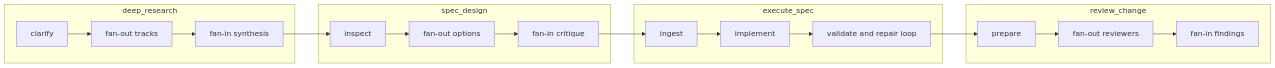
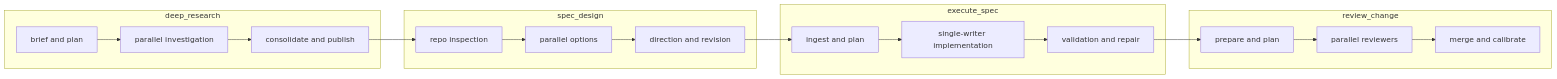
One commit to koji98/agentflow changed the diagram in docs/MANAGED_WORKFLOWS.md. Above: the diagram before and after it, drawn with Mermaid. The commit also changed other lines of this file and 23 other files, not shown here.

````diff
--- a/docs/MANAGED_WORKFLOWS.md
+++ b/docs/MANAGED_WORKFLOWS.md
@@ -27,34 +13,34 @@
 ```mermaid
 flowchart LR
     subgraph research["deep_research"]
-        dr1["clarify"]
-        dr2["fan-out tracks"]
-        dr3["fan-in synthesis"]
+        dr1["brief and plan"]
+        dr2["parallel investigation"]
+        dr3["consolidate and publish"]
         dr1 --> dr2 --> dr3
     end
 
     subgraph design["spec_design"]
-        sd1["inspect"]
-        sd2["fan-out options"]
-        sd3["fan-in critique"]
+        sd1["repo inspection"]
+        sd2["parallel options"]
+        sd3["direction and revision"]
         sd1 --> sd2 --> sd3
     end
 
     subgraph execute["execute_spec"]
-        es1["ingest"]
-        es2["implement"]
-        es3["validate and repair loop"]
+        es1["ingest and plan"]
+        es2["single-writer implementation"]
+        es3["validation and repair"]
         es1 --> es2 --> es3
     end
 
     subgraph review["review_change"]
-        rc1["prepare"]
-        rc2["fan-out reviewers"]
-        rc3["fan-in findings"]
+        rc1["prepare and plan"]
+        rc2["parallel reviewers"]
+        rc3["merge and calibrate"]
         rc1 --> rc2 --> rc3
     end
 
     dr3 --> sd1
     sd3 --> es1
     es3 --> rc1
 ```
````
